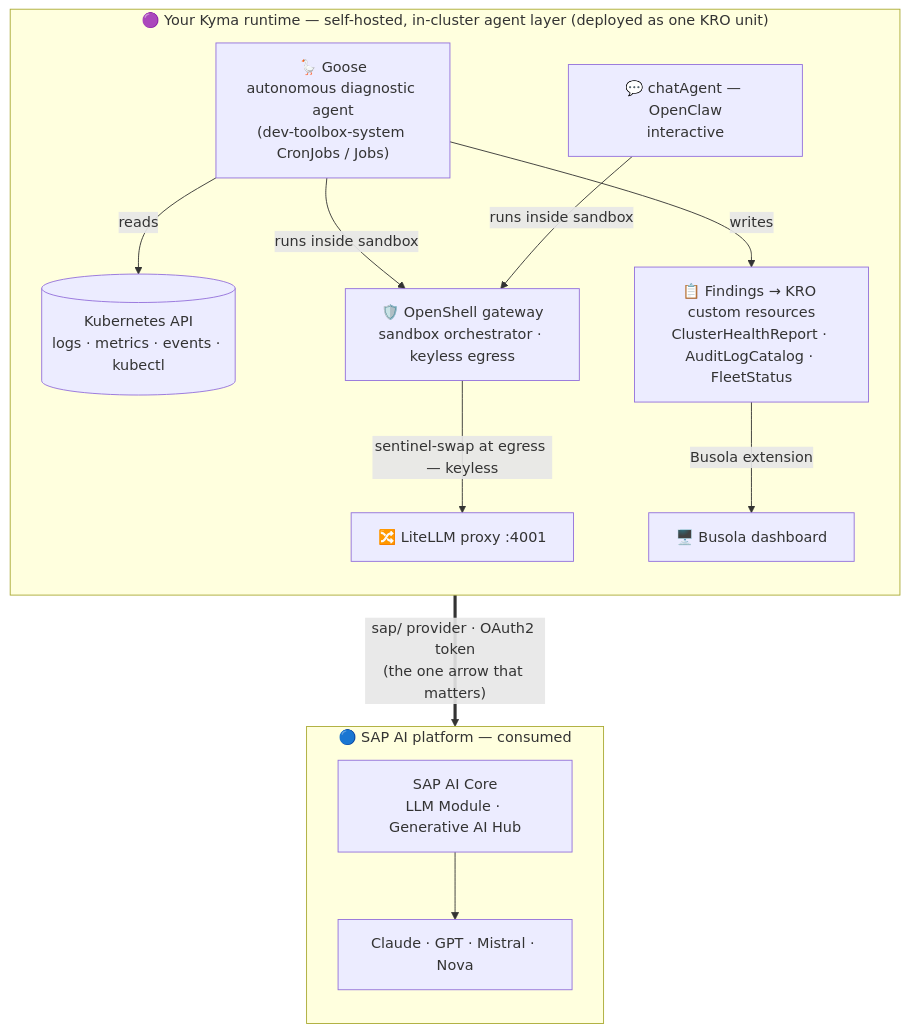
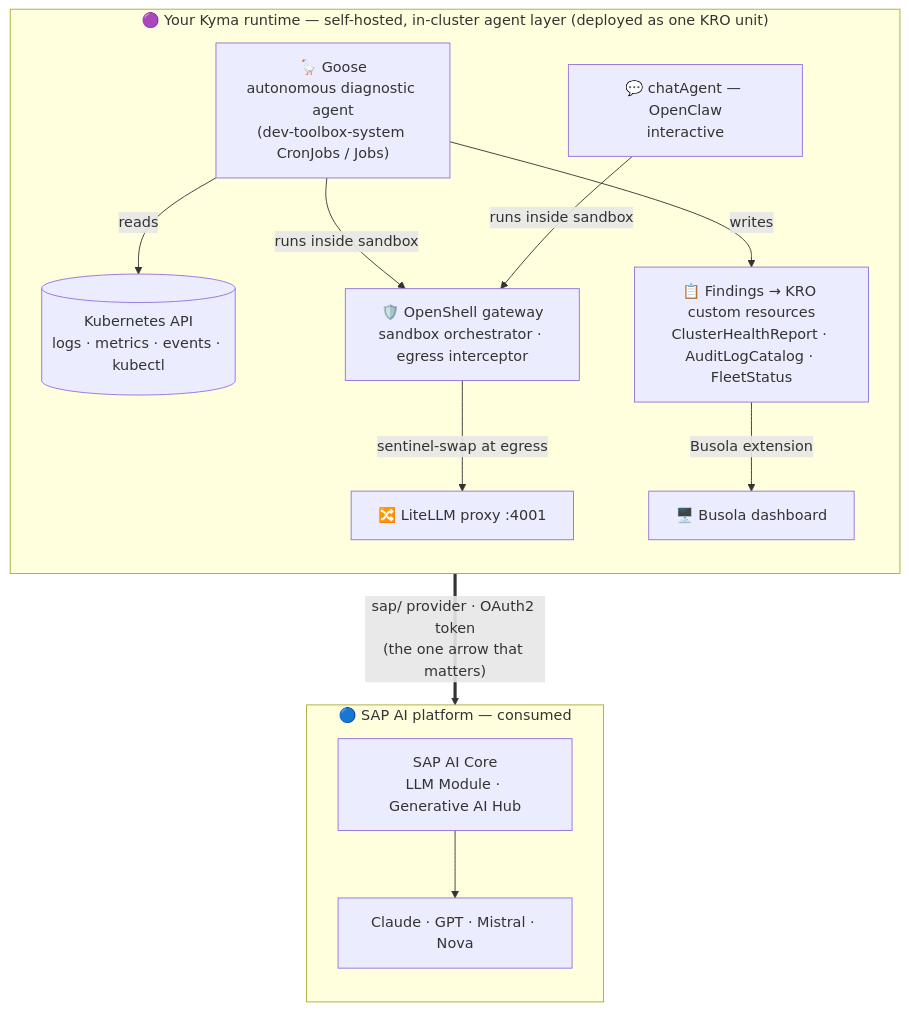
Before and after one commit to SAP-samples/teched2026-XP266: the first of 2 diagrams in exercises/ex0/README.md, drawn with Mermaid. The commit also changed other lines of this file, not shown here.

Commit message:
fix(ex0.2): drop 'keyless' from OpenShell diagrams — use 'egress interceptor' / 'sentinel-swap at egress' instead
Student-facing jargon cleanup — 'keyless' was ambiguous/confusing. The mechanism
is already described precisely by 'sentinel-swap at egress' (the sentinel in
place of the real credential is swapped by the supervisor), so dropping
'keyless' loses nothing. Applied to both the Mermaid node label + edge label
and the ASCII equivalent.

````diff
--- a/exercises/ex0/README.md
+++ b/exercises/ex0/README.md
@@ -77,26 +77,26 @@
 ```mermaid
 flowchart TB
   subgraph kyma["🟣 Your Kyma runtime — self-hosted, in-cluster agent layer (deployed as one KRO unit)"]
     direction TB
     goose["🪿 Goose<br/>autonomous diagnostic agent<br/>(dev-toolbox-system CronJobs / Jobs)"]
     chat["💬 chatAgent — OpenClaw<br/>interactive"]
-    openshell["🛡️ OpenShell gateway<br/>sandbox orchestrator · keyless egress"]
+    openshell["🛡️ OpenShell gateway<br/>sandbox orchestrator · egress interceptor"]
     llm["🔀 LiteLLM proxy :4001"]
     k8s[("Kubernetes API<br/>logs · metrics · events · kubectl")]
     crs["📋 Findings → KRO custom resources<br/>ClusterHealthReport · AuditLogCatalog · FleetStatus"]
     busola["🖥️ Busola dashboard"]
     goose -->|reads| k8s
     goose -->|"runs inside sandbox"| openshell
     chat -->|"runs inside sandbox"| openshell
-    openshell -->|"sentinel-swap at egress — keyless"| llm
+    openshell -->|"sentinel-swap at egress"| llm
     goose -->|writes| crs
     crs -->|"Busola extension"| busola
   end
   subgraph sap["🔵 SAP AI platform — consumed"]
     direction TB
     aicore["SAP AI Core<br/>LLM Module · Generative AI Hub"]
     models["Claude · GPT · Mistral · Nova"]
     aicore --> models
   end
   llm ==>|"sap/ provider · OAuth2 token<br/>(the one arrow that matters)"| aicore
 ```
````
